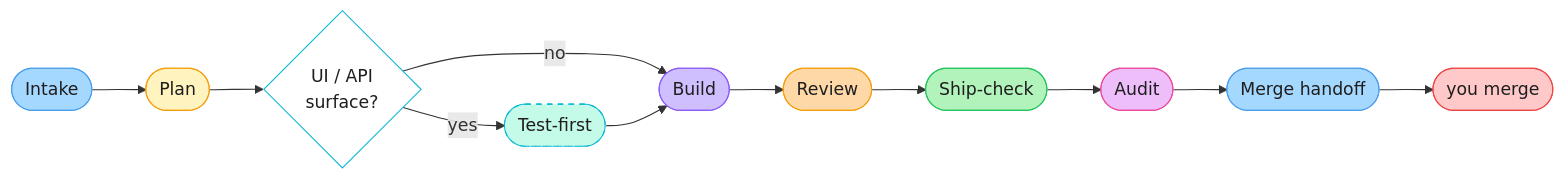
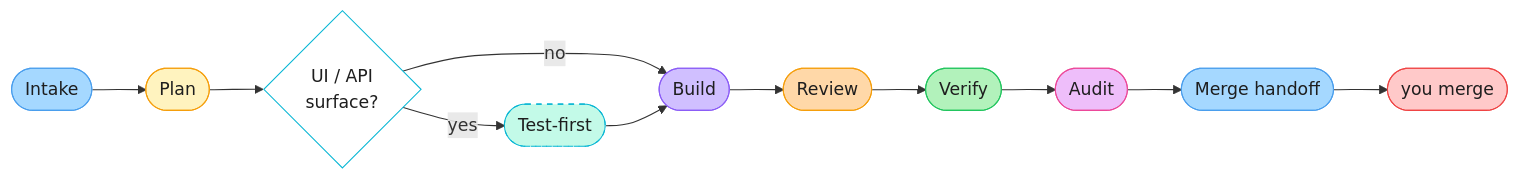
Before and after one commit to mohannadrabie/maat: the first of 3 diagrams in README.md, drawn with Mermaid. The commit also changed other lines of this file and 61 other files, not shown here.

````diff
--- a/README.md
+++ b/README.md
@@ -91,19 +91,19 @@
 ```mermaid
 flowchart LR
     A(["Intake"]) --> B(["Plan"]) --> C{"UI / API<br/>surface?"}
     C -- yes --> T(["Test-first"])
     C -- no --> D(["Build"])
     T --> D
-    D --> E(["Review"]) --> F(["Ship-check"]) --> G(["Audit"]) --> H(["Merge handoff"]) --> Y(["you merge"])
+    D --> E(["Review"]) --> F(["Verify"]) --> G(["Audit"]) --> H(["Merge handoff"]) --> Y(["you merge"])
 
     style A fill:#a5d8ff,stroke:#4a9eed,color:#1e1e1e
     style B fill:#fff3bf,stroke:#f59e0b,color:#1e1e1e
     style C fill:#ffffff,stroke:#06b6d4,color:#1e1e1e
     style T fill:#c3fae8,stroke:#06b6d4,color:#1e1e1e,stroke-dasharray: 5 5
     style D fill:#d0bfff,stroke:#8b5cf6,color:#1e1e1e
     style E fill:#ffd8a8,stroke:#f59e0b,color:#1e1e1e
     style F fill:#b2f2bb,stroke:#22c55e,color:#1e1e1e
     style G fill:#eebefa,stroke:#ec4899,color:#1e1e1e
     style H fill:#a5d8ff,stroke:#4a9eed,color:#1e1e1e
     style Y fill:#ffc9c9,stroke:#ef4444,color:#1e1e1e
 ```
````
